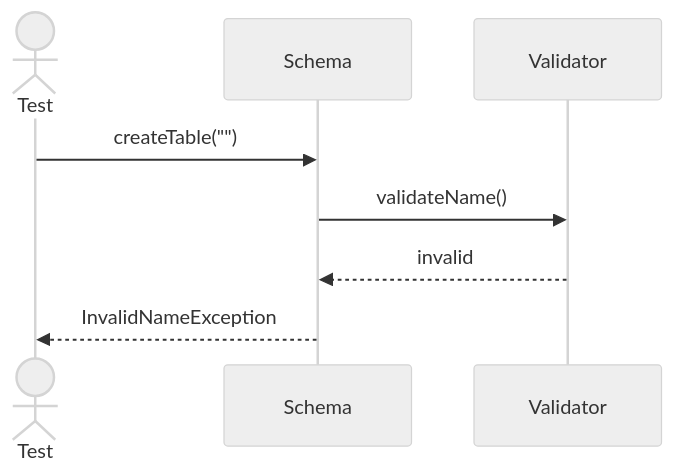
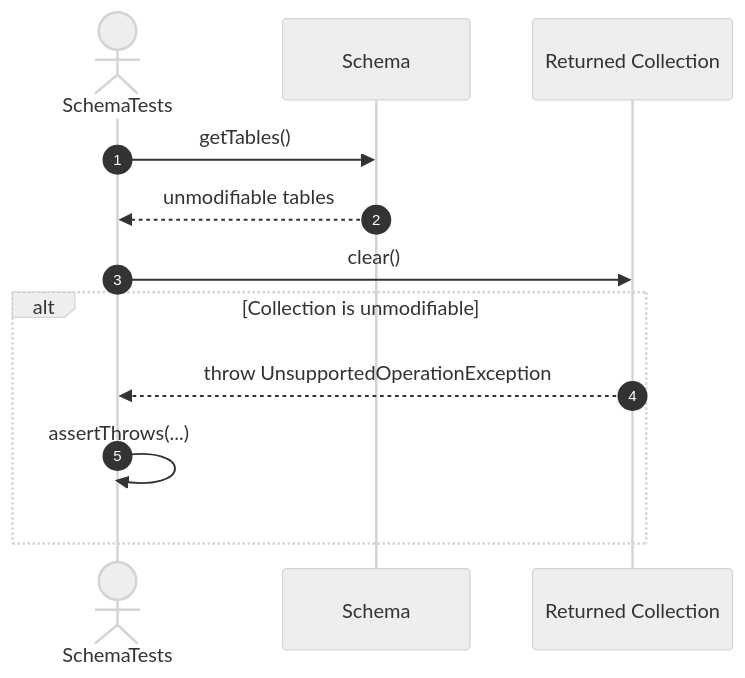
The tenth of 15 diagrams in src/tests/unit/metadata/sequences/schemas-testing-sequences.md (FhuAnn/-bbv-AN-s-DBMS), drawn with Mermaid (neutral theme) before and after one commit. The commit also changed other lines of this file and 60 other files, not shown here.

Commit message:
refactor data table, row, column, constraint, index test file

````diff
--- a/src/tests/unit/metadata/sequences/schemas-testing-sequences.md
+++ b/src/tests/unit/metadata/sequences/schemas-testing-sequences.md
@@ -307,16 +177,16 @@
 ```mermaid
 sequenceDiagram
-actor Test
+    autonumber
+    actor Test as SchemaTests
+    participant Schema as Schema
+    participant Tables as Returned Collection
 
-participant Schema
+    Test->>Schema: getTables()
+    Schema-->>Test: unmodifiable tables
 
-participant Validator
-
-Test->>Schema: createTable("")
-
-Schema->>Validator: validateName()
-
-Validator-->>Schema: invalid
-
-Schema-->>Test: InvalidNameException
+    Test->>Tables: clear()
+    alt Collection is unmodifiable
+        Tables-->>Test: throw UnsupportedOperationException
+        Test->>Test: assertThrows(...)
+    end
 ```
````
